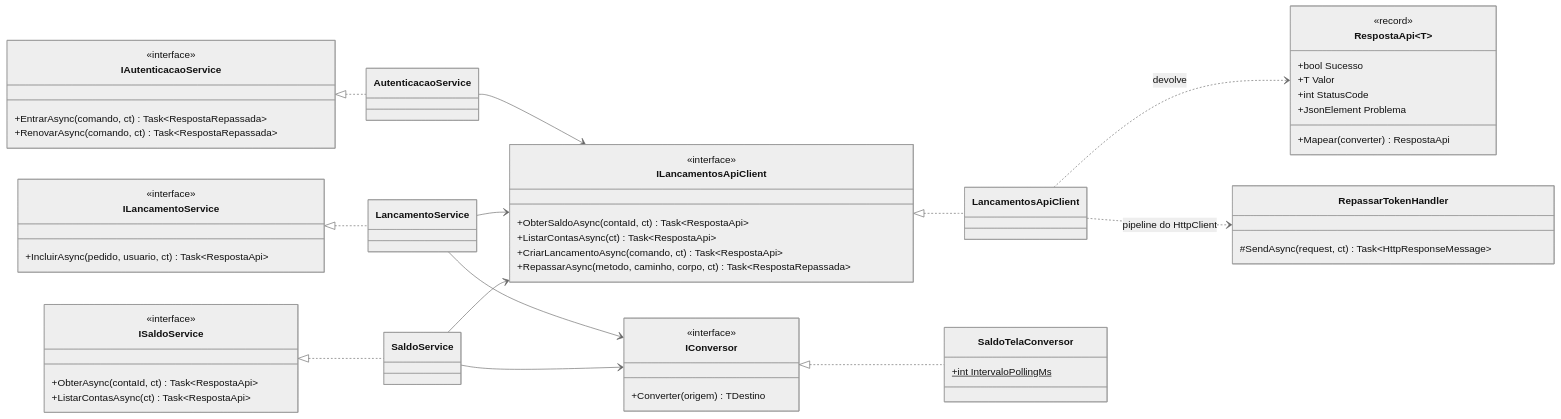
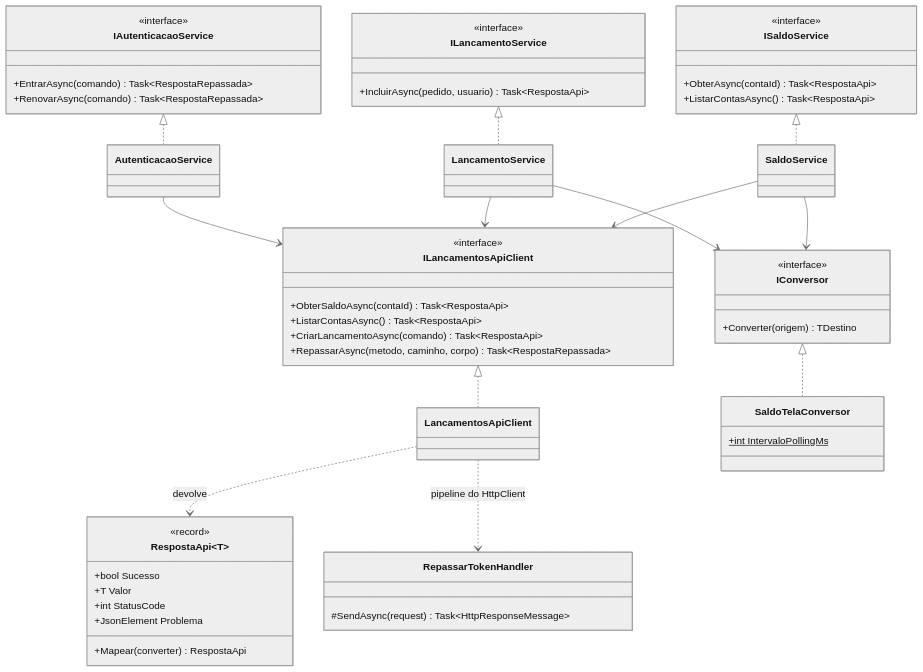
Diagram 15 of 23 in docs/arquitetura/software/02-c4-componentes-e-codigo.md (michellerodrigues/lancamentos-diarios-poc), drawn with Mermaid (neutral theme) before and after one commit. The commit also changed other lines of this file and 45 other files, not shown here.

````diff
--- a/docs/arquitetura/software/02-c4-componentes-e-codigo.md
+++ b/docs/arquitetura/software/02-c4-componentes-e-codigo.md
@@ -609,60 +742,60 @@
 ```mermaid
 classDiagram
-    direction LR
+    direction TB
     class ISaldoService {
         <<interface>>
-        +ObterAsync(contaId, ct) Task~RespostaApi~
-        +ListarContasAsync(ct) Task~RespostaApi~
+        +ObterAsync(contaId) Task~RespostaApi~
+        +ListarContasAsync() Task~RespostaApi~
     }
     class ILancamentoService {
         <<interface>>
-        +IncluirAsync(pedido, usuario, ct) Task~RespostaApi~
+        +IncluirAsync(pedido, usuario) Task~RespostaApi~
     }
     class IAutenticacaoService {
         <<interface>>
-        +EntrarAsync(comando, ct) Task~RespostaRepassada~
-        +RenovarAsync(comando, ct) Task~RespostaRepassada~
+        +EntrarAsync(comando) Task~RespostaRepassada~
+        +RenovarAsync(comando) Task~RespostaRepassada~
     }
     class ILancamentosApiClient {
         <<interface>>
-        +ObterSaldoAsync(contaId, ct) Task~RespostaApi~
-        +ListarContasAsync(ct) Task~RespostaApi~
-        +CriarLancamentoAsync(comando, ct) Task~RespostaApi~
-        +RepassarAsync(metodo, caminho, corpo, ct) Task~RespostaRepassada~
+        +ObterSaldoAsync(contaId) Task~RespostaApi~
+        +ListarContasAsync() Task~RespostaApi~
+        +CriarLancamentoAsync(comando) Task~RespostaApi~
+        +RepassarAsync(metodo, caminho, corpo) Task~RespostaRepassada~
     }
     class IConversor {
         <<interface>>
         +Converter(origem) TDestino
     }
     class RespostaApi~T~ {
         <<record>>
         +bool Sucesso
         +T Valor
         +int StatusCode
         +JsonElement Problema
         +Mapear(converter) RespostaApi
     }
     class RepassarTokenHandler {
-        #SendAsync(request, ct) Task~HttpResponseMessage~
+        #SendAsync(request) Task~HttpResponseMessage~
     }
     class SaldoService
     class LancamentoService
     class AutenticacaoService
     class LancamentosApiClient
     class SaldoTelaConversor {
         +int IntervaloPollingMs$
     }
 
     ISaldoService <|.. SaldoService
     ILancamentoService <|.. LancamentoService
     IAutenticacaoService <|.. AutenticacaoService
     ILancamentosApiClient <|.. LancamentosApiClient
     IConversor <|.. SaldoTelaConversor
     SaldoService --> ILancamentosApiClient
     SaldoService --> IConversor
     LancamentoService --> ILancamentosApiClient
     LancamentoService --> IConversor
     AutenticacaoService --> ILancamentosApiClient
     LancamentosApiClient ..> RespostaApi : devolve
     LancamentosApiClient ..> RepassarTokenHandler : pipeline do HttpClient
 ```
````
